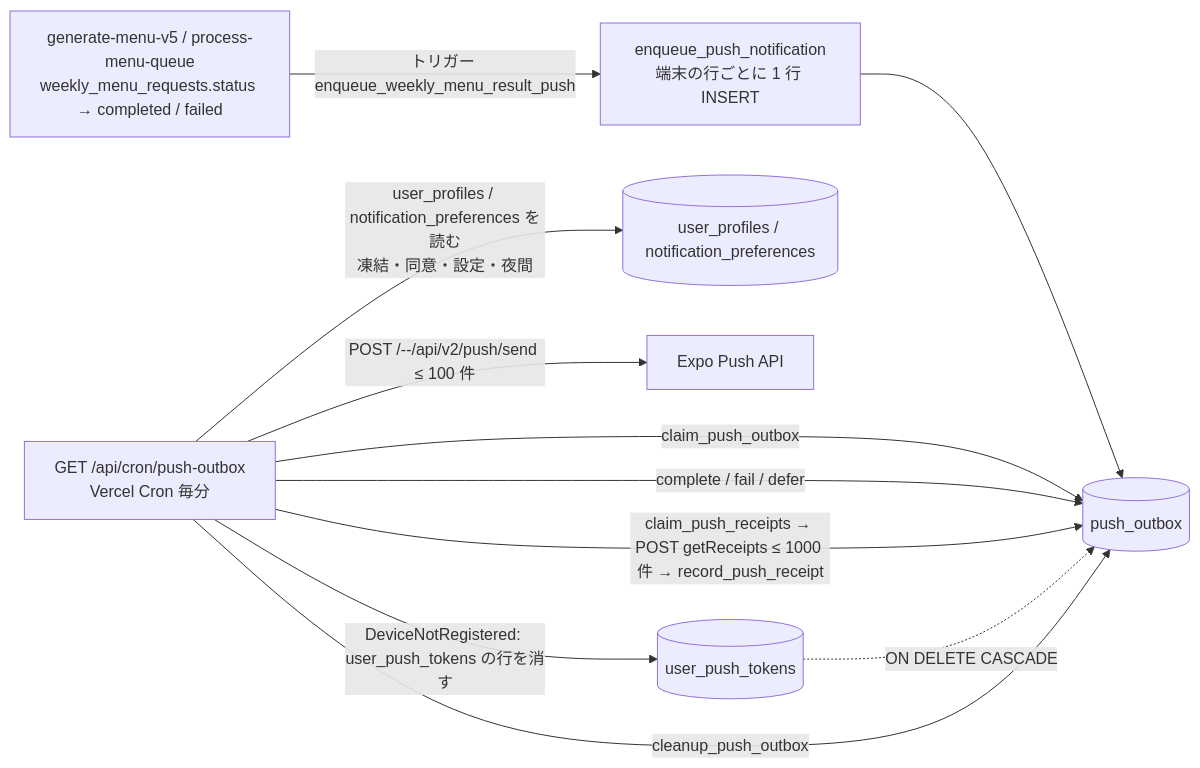
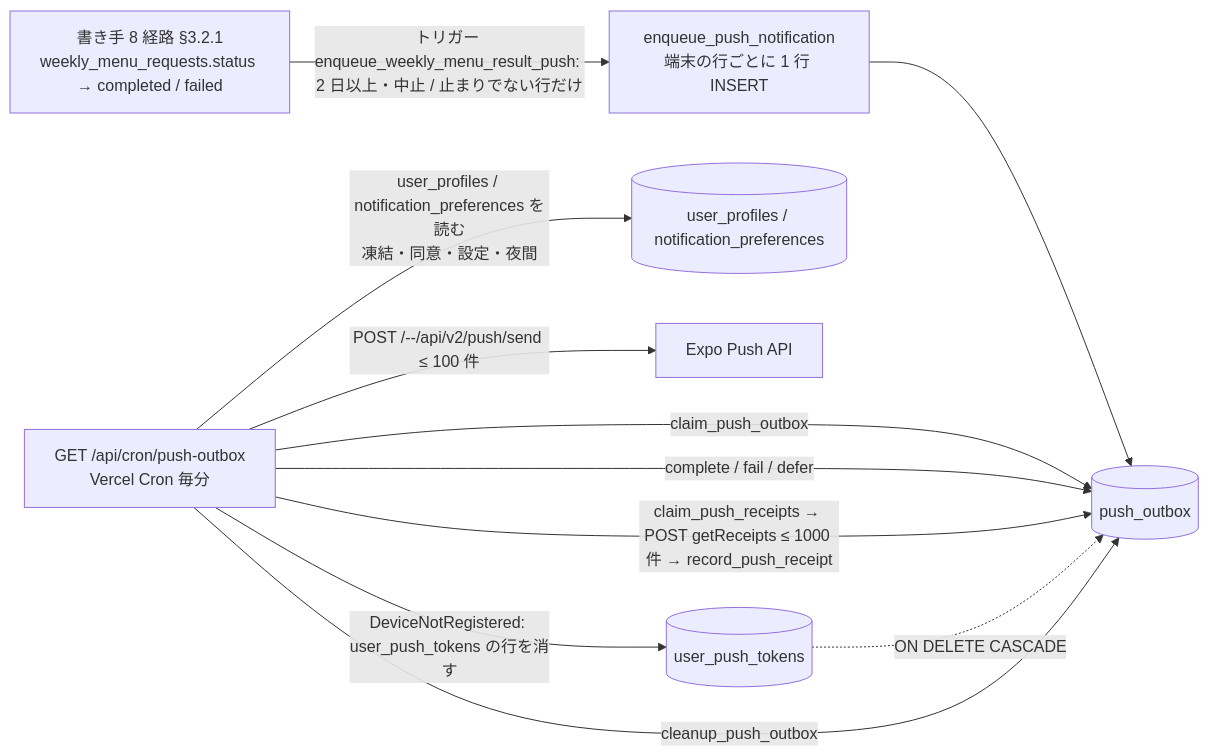
One commit to DaisukeHori/homegohan-app changed the diagram in docs/design/mobile/06-push-send.md. Above: the diagram before and after it, drawn with Mermaid. The commit also changed other lines of this file, not shown here.

First line of the commit message:
docs(design): Push 送信の設計 R1 の修正 — 発火元の書き手を全数で列挙し、鍵が無い環境でも掃除を回す (#1136)

````diff
--- a/docs/design/mobile/06-push-send.md
+++ b/docs/design/mobile/06-push-send.md
@@ -148,13 +170,13 @@
 ```mermaid
 flowchart LR
-  G[generate-menu-v5 / process-menu-queue<br/>weekly_menu_requests.status → completed / failed] -->|トリガー enqueue_weekly_menu_result_push| E[enqueue_push_notification<br/>端末の行ごとに 1 行 INSERT]
+  G[書き手 8 経路 §3.2.1<br/>weekly_menu_requests.status → completed / failed] -->|トリガー enqueue_weekly_menu_result_push: 2 日以上・中止 / 止まりでない行だけ| E[enqueue_push_notification<br/>端末の行ごとに 1 行 INSERT]
   E --> T[(push_outbox)]
   W[GET /api/cron/push-outbox<br/>Vercel Cron 毎分] -->|claim_push_outbox| T
   W -->|user_profiles / notification_preferences を読む<br/>凍結・同意・設定・夜間| P[(user_profiles / notification_preferences)]
   W -->|POST /--/api/v2/push/send ≤ 100 件| X[Expo Push API]
   W -->|complete / fail / defer| T
   W -->|claim_push_receipts → POST getReceipts ≤ 1000 件 → record_push_receipt| T
   W -->|DeviceNotRegistered: user_push_tokens の行を消す| K[(user_push_tokens)]
   K -. ON DELETE CASCADE .-> T
   W -->|cleanup_push_outbox| T
 ```
````
